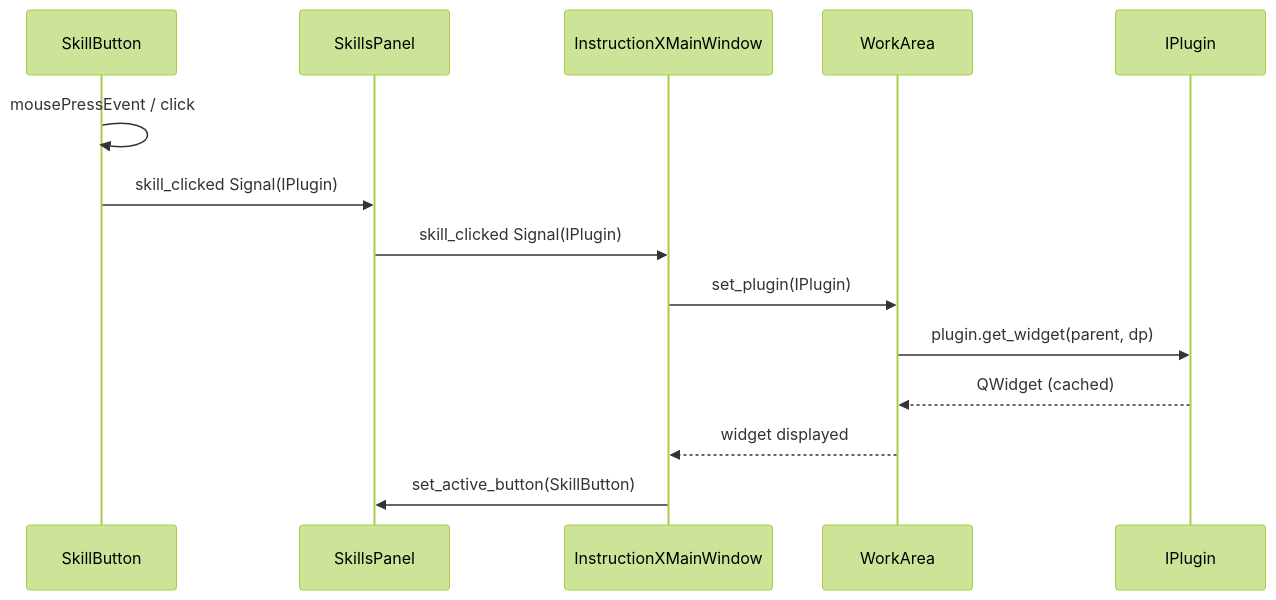
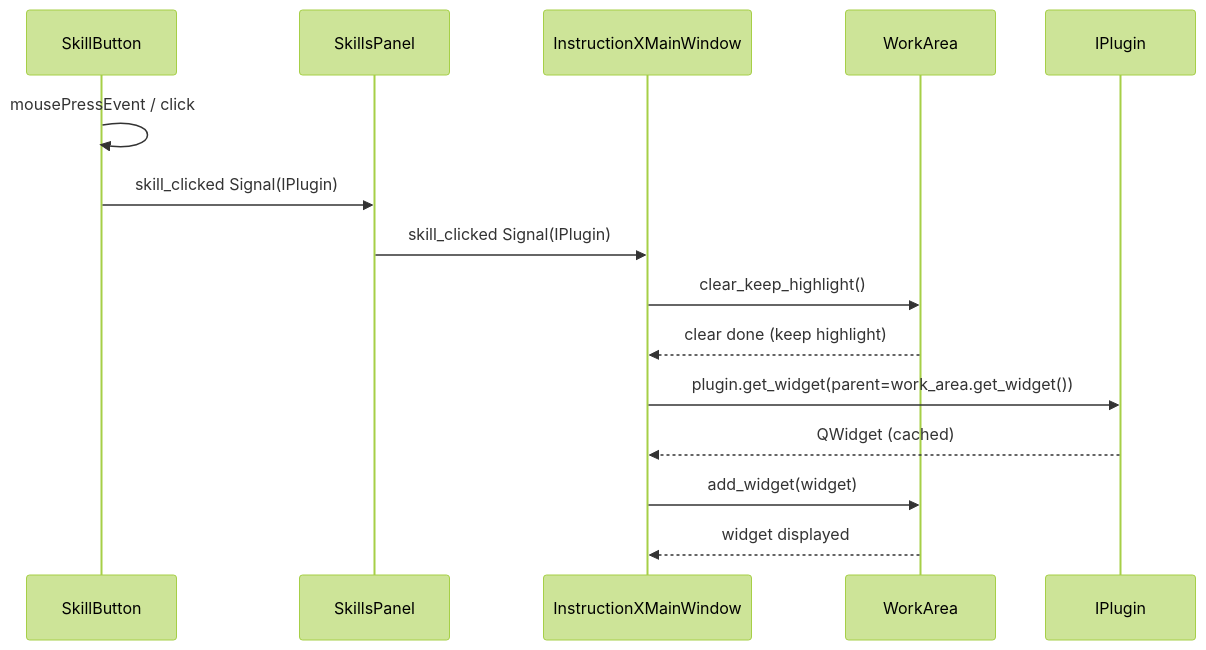
One commit to KKPIP-Tech/InstructionX changed diagram 11 of 14 in docs/architecture/full-analysis.md. Above: the diagram before and after it, drawn with Mermaid (forest theme). The commit also changed other lines of this file and 26 other files, not shown here.

````diff
--- a/docs/architecture/full-analysis.md
+++ b/docs/architecture/full-analysis.md
@@ -741,17 +742,18 @@
 ```mermaid
 sequenceDiagram
     participant SB as SkillButton
     participant SP as SkillsPanel
     participant MW as InstructionXMainWindow
     participant WA as WorkArea
     participant Plugin as IPlugin
 
     SB->>SB: mousePressEvent / click
     SB->>SP: skill_clicked Signal(IPlugin)
     SP->>MW: skill_clicked Signal(IPlugin)
-    MW->>WA: set_plugin(IPlugin)
-    WA->>Plugin: plugin.get_widget(parent, dp)
-    Plugin-->>WA: QWidget (cached)
+    MW->>WA: clear_keep_highlight()
+    WA-->>MW: clear done (keep highlight)
+    MW->>Plugin: plugin.get_widget(parent=work_area.get_widget())
+    Plugin-->>MW: QWidget (cached)
+    MW->>WA: add_widget(widget)
     WA-->>MW: widget displayed
-    MW->>SP: set_active_button(SkillButton)
 ```
````
